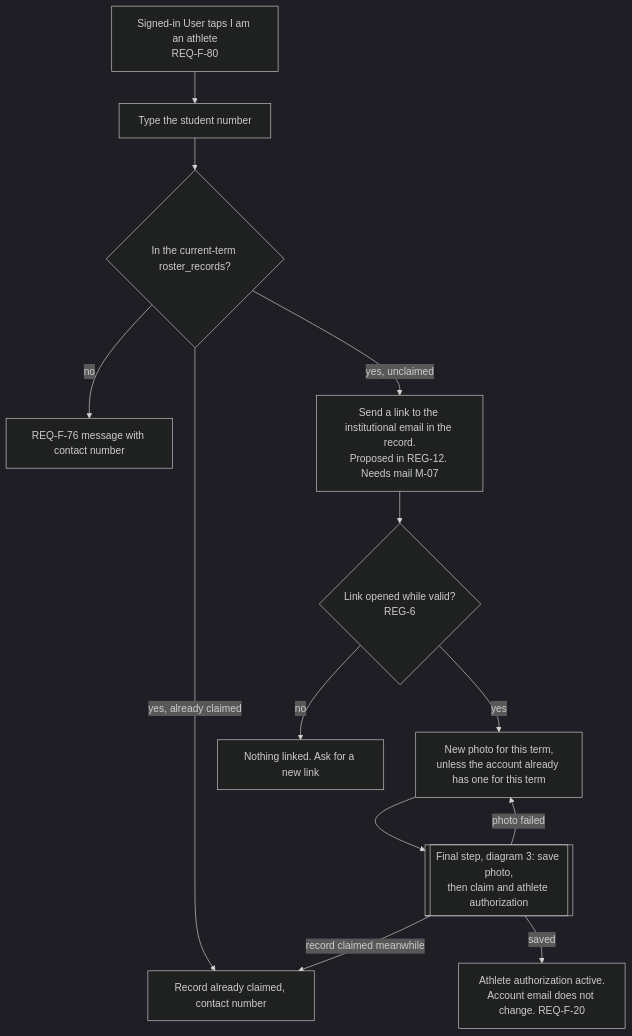
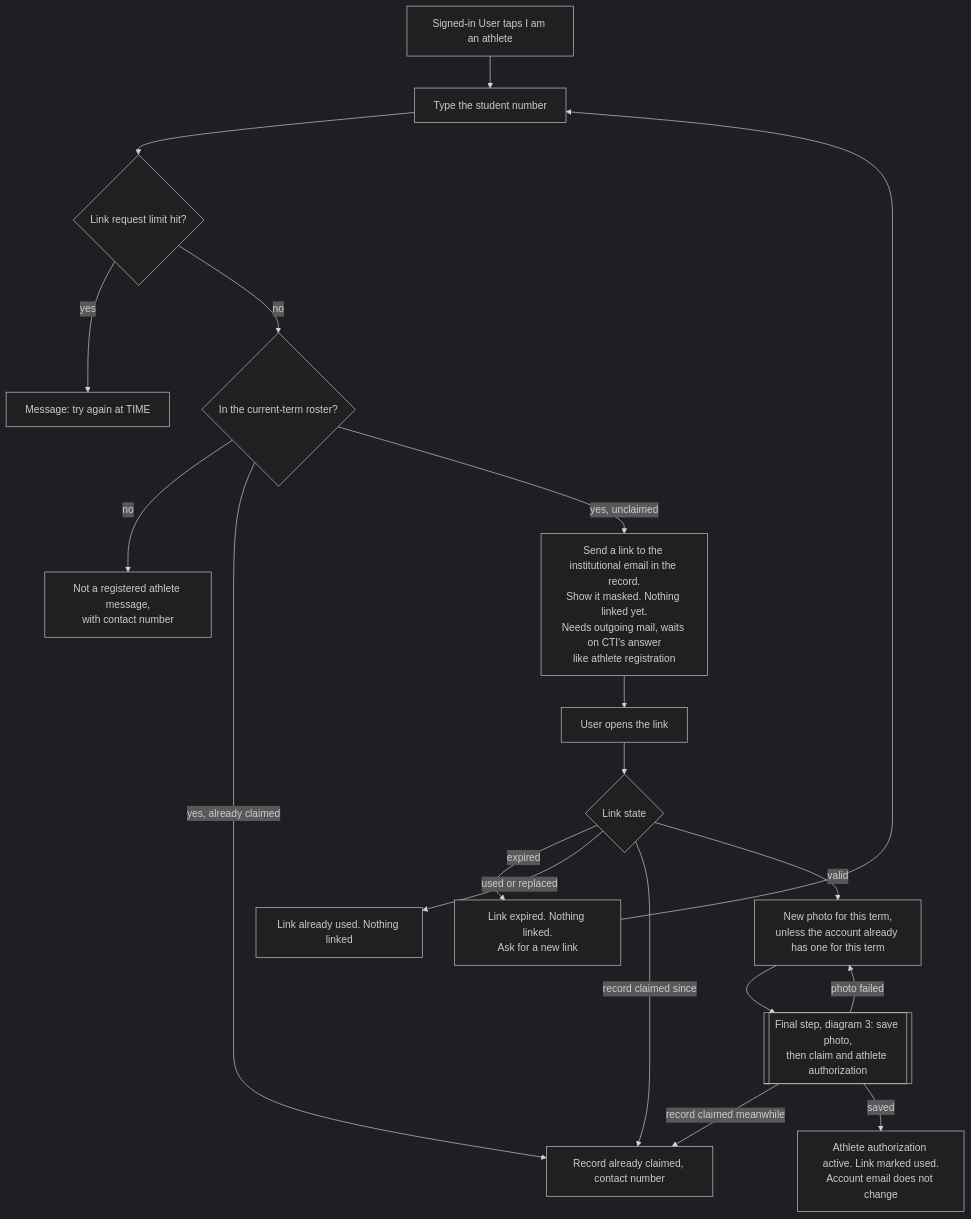
One commit to Th3-Minorities/natatorio-gym-app changed the seventh of 9 diagrams in docs/design/registration-flows.md. Above: the diagram before and after it, drawn with Mermaid (dark theme). The commit also changed other lines of this file, not shown here.

Commit message:
Use an email link for "I am an athlete" and delete photos on undo

````diff
--- a/docs/design/registration-flows.md
+++ b/docs/design/registration-flows.md
@@ -204,15 +218,21 @@
 ```mermaid
 flowchart TD
-  START["Signed-in User taps I am an athlete<br/>REQ-F-80"] --> SN["Type the student number"]
-  SN --> R{"In the current-term roster_records?"}
-  R -->|"no"| X1["REQ-F-76 message with contact number"]
+  START["Signed-in User taps I am an athlete"] --> SN["Type the student number"]
+  SN --> LIM{"Link request limit hit?"}
+  LIM -->|"yes"| X0["Message: try again at TIME"]
+  LIM -->|"no"| R{"In the current-term roster?"}
+  R -->|"no"| X1["Not a registered athlete message,<br/>with contact number"]
   R -->|"yes, already claimed"| X2["Record already claimed, contact number"]
-  R -->|"yes, unclaimed"| LNK["Send a link to the institutional email in the record.<br/>Proposed in REG-12. Needs mail M-07"]
-  LNK --> V{"Link opened while valid?<br/>REG-6"}
-  V -->|"no"| X3["Nothing linked. Ask for a new link"]
-  V -->|"yes"| PH["New photo for this term,<br/>unless the account already has one for this term"]
+  R -->|"yes, unclaimed"| LNK["Send a link to the institutional email in the record.<br/>Show it masked. Nothing linked yet.<br/>Needs outgoing mail, waits on CTI's answer<br/>like athlete registration"]
+  LNK --> OPEN["User opens the link"]
+  OPEN --> V{"Link state"}
+  V -->|"expired"| X3["Link expired. Nothing linked.<br/>Ask for a new link"]
+  V -->|"used or replaced"| X4["Link already used. Nothing linked"]
+  V -->|"record claimed since"| X2
+  V -->|"valid"| PH["New photo for this term,<br/>unless the account already has one for this term"]
   PH --> FIN[["Final step, diagram 3: save photo,<br/>then claim and athlete authorization"]]
   FIN -->|"photo failed"| PH
   FIN -->|"record claimed meanwhile"| X2
-  FIN -->|"saved"| OK["Athlete authorization active.<br/>Account email does not change. REQ-F-20"]
+  FIN -->|"saved"| OK["Athlete authorization active. Link marked used.<br/>Account email does not change"]
+  X3 --> SN
 ```
````
